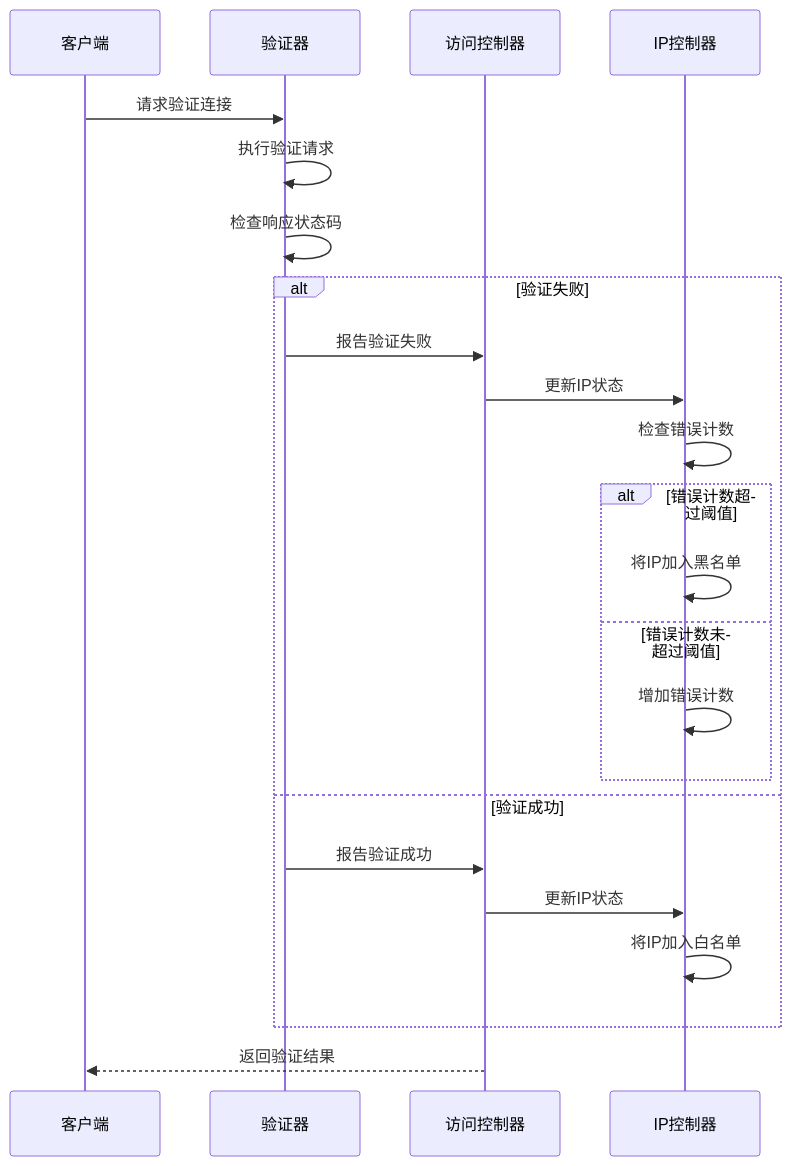
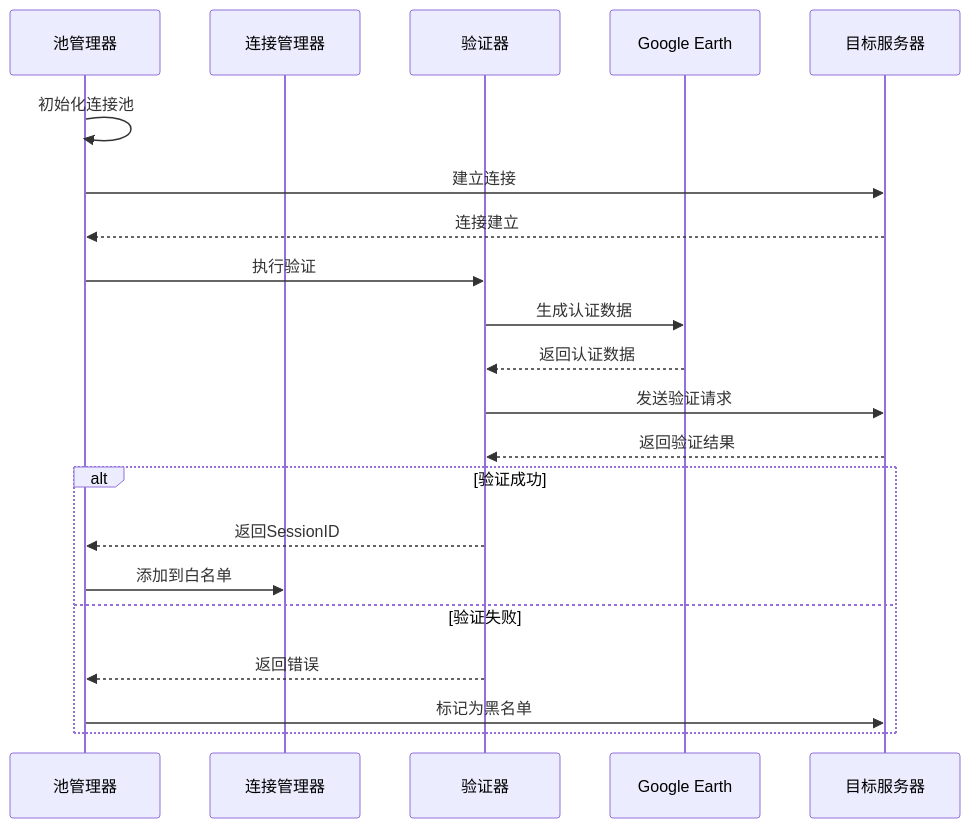
Before and after one commit to vistone/crawler-platform: the fifth of 9 diagrams in .qoder/repowiki/zh/content/核心功能/热连接池/连接验证/连接验证.md, drawn with Mermaid. The commit also changed other lines of this file and 40 other files, not shown here.

````diff
--- a/.qoder/repowiki/zh/content/核心功能/热连接池/连接验证/连接验证.md
+++ b/.qoder/repowiki/zh/content/核心功能/热连接池/连接验证/连接验证.md
@@ -272,25 +178,23 @@
 ```mermaid
 sequenceDiagram
-participant Client as 客户端
-participant Validator as 验证器
-participant Controller as 访问控制器
-participant IP as IP控制器
-Client->>Validator : 请求验证连接
-Validator->>Validator : 执行验证请求
-Validator->>Validator : 检查响应状态码
-alt 验证失败
-Validator->>Controller : 报告验证失败
-Controller->>IP : 更新IP状态
-IP->>IP : 检查错误计数
-alt 错误计数超过阈值
-IP->>IP : 将IP加入黑名单
-else 错误计数未超过阈值
-IP->>IP : 增加错误计数
+participant PM as 池管理器
+participant CM as 连接管理器
+participant V as 验证器
+participant GE as Google Earth
+participant TC as 目标服务器
+PM->>PM : 初始化连接池
+PM->>TC : 建立连接
+TC-->>PM : 连接建立
+PM->>V : 执行验证
+V->>GE : 生成认证数据
+GE-->>V : 返回认证数据
+V->>TC : 发送验证请求
+TC-->>V : 返回验证结果
+alt 验证成功
+V-->>PM : 返回SessionID
+PM->>CM : 添加到白名单
+else 验证失败
+V-->>PM : 返回错误
+PM->>TC : 标记为黑名单
 end
-else 验证成功
-Validator->>Controller : 报告验证成功
-Controller->>IP : 更新IP状态
-IP->>IP : 将IP加入白名单
-end
-Controller-->>Client : 返回验证结果
 ```
````
